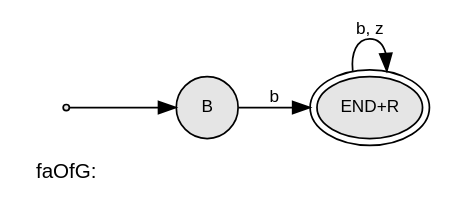
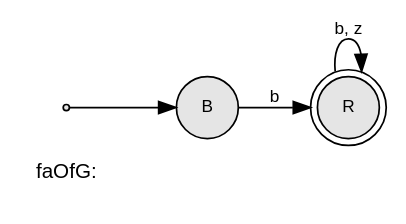
The diagram in UE03/src/faOfG.gv (seventinnine/FCW1), drawn with Graphviz before and after one commit. The commit also changed 3 other files, not shown here.

```diff
--- a/UE03/src/faOfG.gv
+++ b/UE03/src/faOfG.gv
@@ -1,15 +1,15 @@
 digraph finite_state_machine {
 
   rankdir = LR;
 
   node [fontname = Arial fontsize = 10 style = filled fillcolor = gray90]
   "faOfG:" [shape = none style = "" fontsize = 12];
   node [shape = point]; START; // shape for START node
-  node [shape = ellipse peripheries = 2] "END+R"; // shape for final nodes
+  node [shape = circle peripheries = 2] "R"; // shape for final nodes
   node [shape = circle peripheries = 1];  // shape for non-final nodes
   START -> "B";
 
-  "B" -> "END+R" [label = "b" fontname = Arial fontsize = 10]; 
-  "END+R" -> "END+R" [label = "b, z" fontname = Arial fontsize = 10]; 
+  "B" -> "R" [label = "b" fontname = Arial fontsize = 10]; 
+  "R" -> "R" [label = "b, z" fontname = Arial fontsize = 10]; 
 
 }
```
